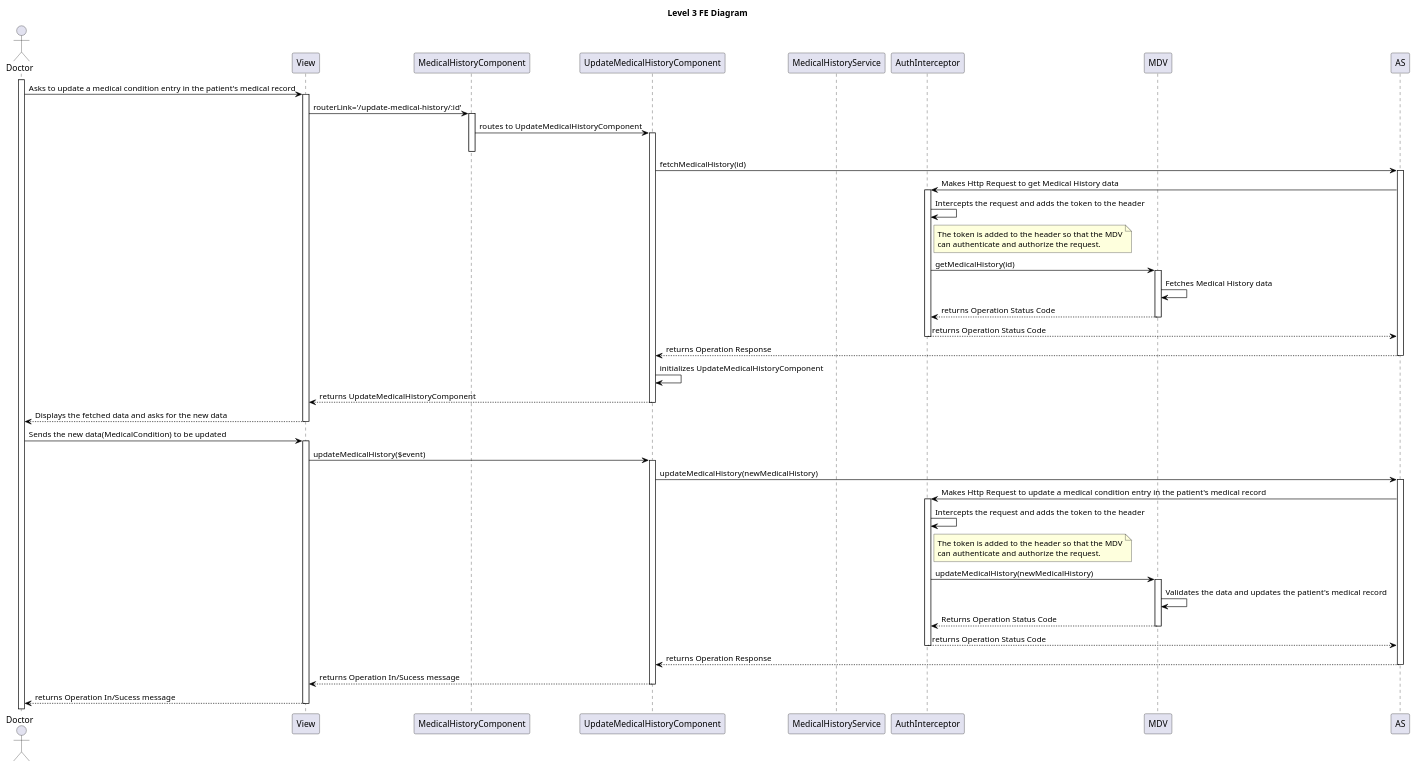
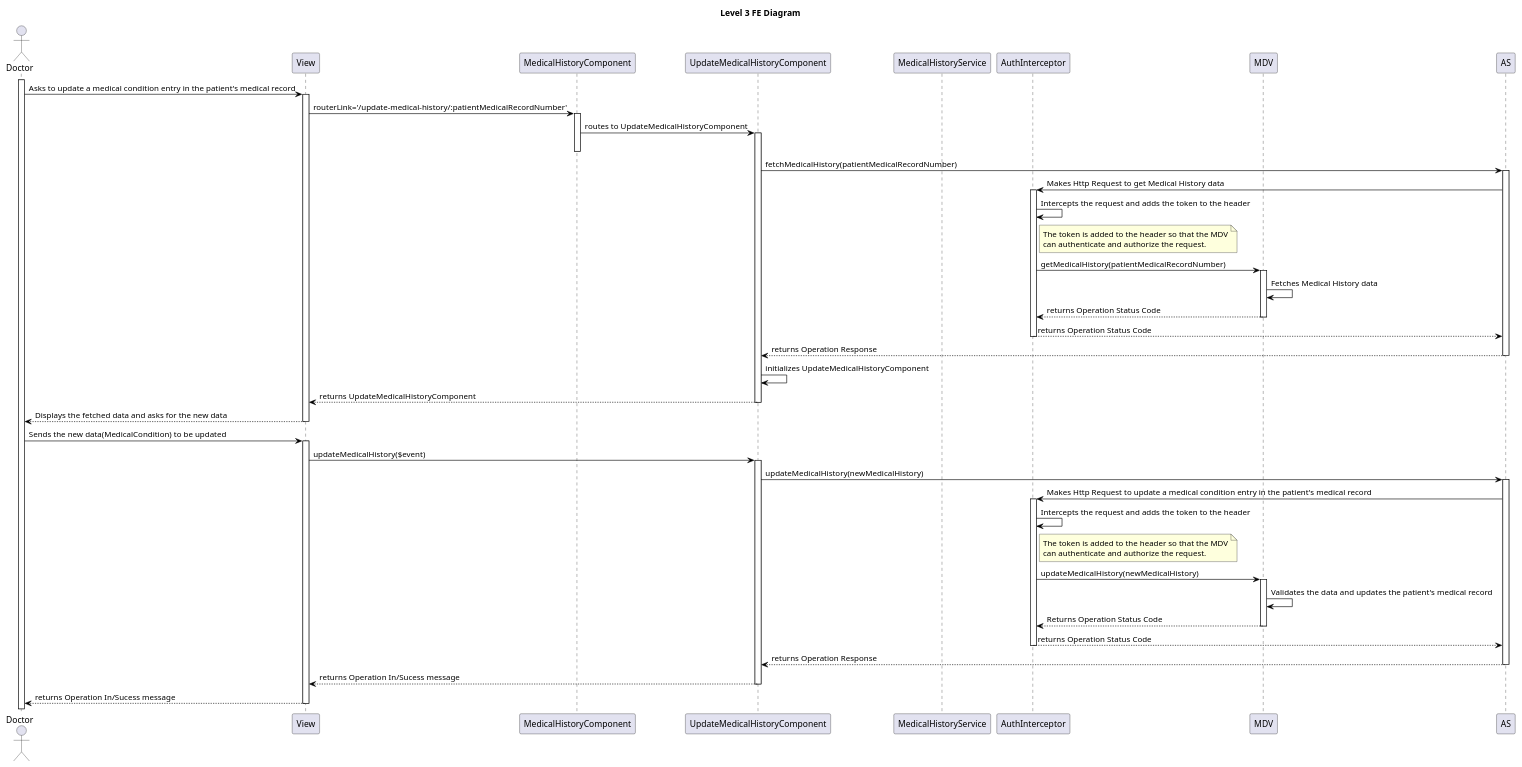
One commit to vscosousa/LAPR5_3DC_G15 changed the diagram in docs/sprint_C/us_7.2.19/level_3/puml/level_3_FE.puml. Above: the diagram before and after it, drawn with PlantUML. The commit also changed 9 other files, not shown here.

```diff
--- a/docs/sprint_C/us_7.2.19/level_3/puml/level_3_FE.puml
+++ b/docs/sprint_C/us_7.2.19/level_3/puml/level_3_FE.puml
@@ -1,86 +1,86 @@
 @startuml level_3_FE
 
 title Level 3 FE Diagram
 
 hide empty members
 'skinparam Linetype ortho
 
 skinparam class {
     BackgroundColor<<valueObject>> #D6EAF8
     BackgroundColor<<root>> #FDEBD0
     BackgroundColor<<service>> #D1F2EB
     BackgroundColor #UIF9E7
     ArrowColor Black
 }
 
 skinparam package {
     BackgroundColor #EBF5FB
 }
 
 actor Doctor as A
 participant View as UI
 participant "MedicalHistoryComponent" as AMC
 participant "UpdateMedicalHistoryComponent" as UAC
 participant "MedicalHistoryService" as ORS
 participant "AuthInterceptor" as AI
 participant MDV as MDV
 
 activate A
 A -> UI: Asks to update a medical condition entry in the patient's medical record
 activate UI
-UI -> AMC: routerLink='/update-medical-history/:id'
+UI -> AMC: routerLink='/update-medical-history/:patientMedicalRecordNumber'
 activate AMC
 AMC -> UAC: routes to UpdateMedicalHistoryComponent
 activate UAC
 deactivate AMC
-UAC -> AS: fetchMedicalHistory(id)
+UAC -> AS: fetchMedicalHistory(patientMedicalRecordNumber)
 activate AS
 AS -> AI: Makes Http Request to get Medical History data
 activate AI
 AI -> AI: Intercepts the request and adds the token to the header
 note right of AI
     The token is added to the header so that the MDV
     can authenticate and authorize the request.
 end note
-AI -> MDV: getMedicalHistory(id)
+AI -> MDV: getMedicalHistory(patientMedicalRecordNumber)
 activate MDV
 MDV -> MDV: Fetches Medical History data
 MDV --> AI: returns Operation Status Code
 deactivate MDV
 AI --> AS: returns Operation Status Code
 deactivate AI
 AS --> UAC: returns Operation Response
 deactivate AS
 UAC -> UAC: initializes UpdateMedicalHistoryComponent
 UAC --> UI: returns UpdateMedicalHistoryComponent
 deactivate UAC
 UI --> A: Displays the fetched data and asks for the new data
 deactivate UI
 A -> UI: Sends the new data(MedicalCondition) to be updated
 activate UI
 UI -> UAC: updateMedicalHistory($event)
 activate UAC
 UAC -> AS: updateMedicalHistory(newMedicalHistory)
 activate AS
 AS -> AI: Makes Http Request to update a medical condition entry in the patient's medical record
 activate AI
 AI -> AI: Intercepts the request and adds the token to the header
 note right of AI
     The token is added to the header so that the MDV
     can authenticate and authorize the request.
 end note
 AI -> MDV: updateMedicalHistory(newMedicalHistory)
 activate MDV
 MDV -> MDV: Validates the data and updates the patient's medical record
 MDV --> AI: Returns Operation Status Code
 deactivate MDV
 AI --> AS: returns Operation Status Code
 deactivate AI
 AS --> UAC: returns Operation Response
 deactivate AS
 UAC --> UI: returns Operation In/Sucess message
 deactivate UAC
 UI --> A: returns Operation In/Sucess message
 deactivate UI
 
 @enduml
```
